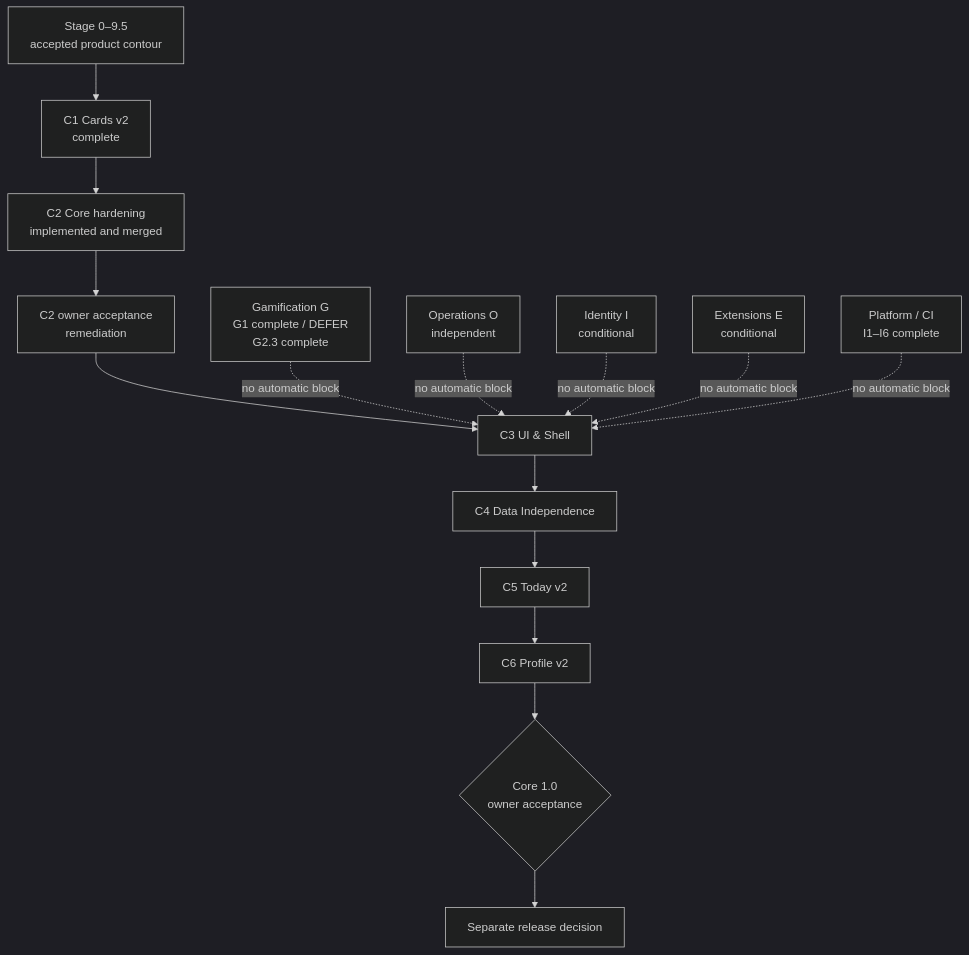
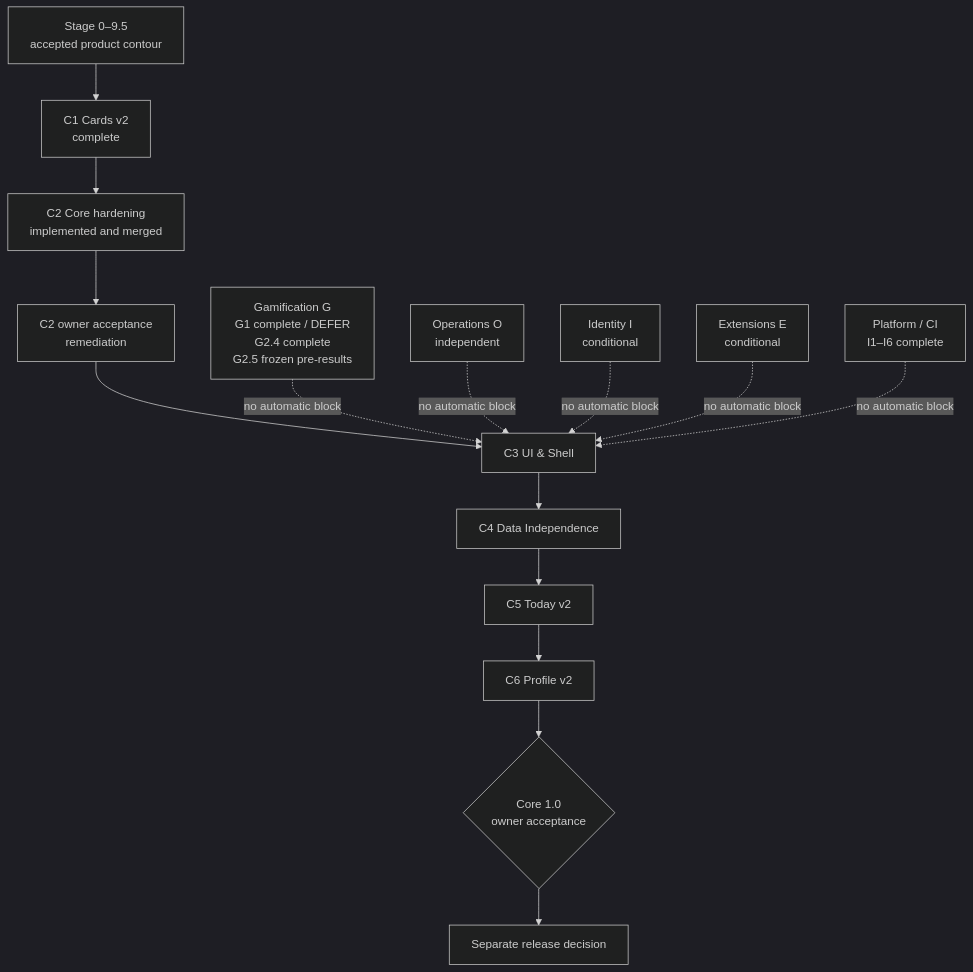
Before and after one commit to AliceLiddell01/anki-study-report: the diagram in roadmap/README.md, drawn with Mermaid (dark theme). The commit also changed other lines of this file and 14 other files, not shown here.

````diff
--- a/roadmap/README.md
+++ b/roadmap/README.md
@@ -9,24 +9,24 @@
 ```mermaid
 flowchart TB
     S[Stage 0–9.5<br/>accepted product contour] --> C1[C1 Cards v2<br/>complete]
     C1 --> C2[C2 Core hardening<br/>implemented and merged]
     C2 --> A[C2 owner acceptance<br/>remediation]
     A --> C3[C3 UI & Shell]
     C3 --> C4[C4 Data Independence]
     C4 --> C5[C5 Today v2]
     C5 --> C6[C6 Profile v2]
     C6 --> R{Core 1.0<br/>owner acceptance}
     R --> REL[Separate release decision]
 
-    G[Gamification G<br/>G1 complete / DEFER<br/>G2.3 complete]
+    G[Gamification G<br/>G1 complete / DEFER<br/>G2.4 complete<br/>G2.5 frozen pre-results]
     O[Operations O<br/>independent]
     I[Identity I<br/>conditional]
     E[Extensions E<br/>conditional]
     P[Platform / CI<br/>I1–I6 complete]
 
     G -. no automatic block .-> C3
     O -. no automatic block .-> C3
     I -. no automatic block .-> C3
     E -. no automatic block .-> C3
     P -. no automatic block .-> C3
 ```
````
